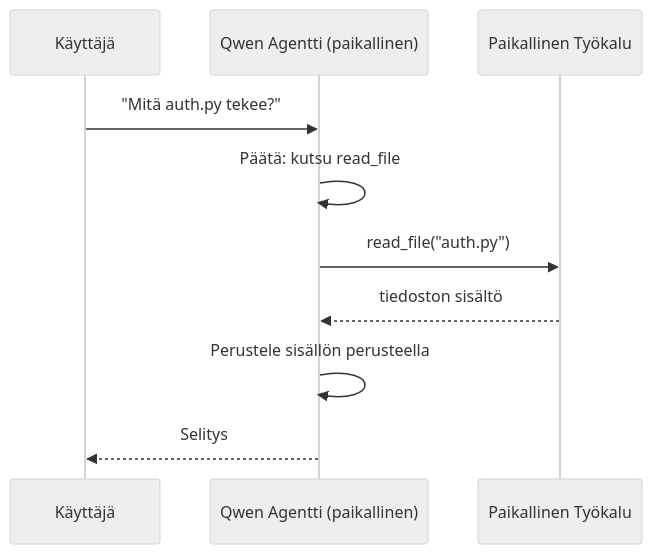
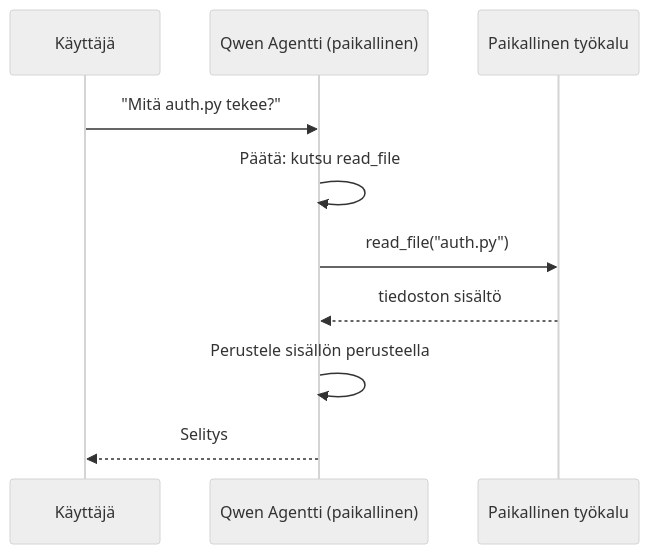
The second of 4 diagrams in mirrors/repos/microsoft@ai-agents-for-beginners/translations/fi/17-creating-local-ai-agents/README.md (gabrielmoreira/agent-skills-mirror), drawn with Mermaid (neutral theme) before and after one commit. The commit also changed other lines of this file and 4262 other files, not shown here.

````diff
--- a/mirrors/repos/microsoft@ai-agents-for-beginners/translations/fi/17-creating-local-ai-agents/README.md
+++ b/mirrors/repos/microsoft@ai-agents-for-beginners/translations/fi/17-creating-local-ai-agents/README.md
@@ -106,12 +106,12 @@
 ```mermaid
 sequenceDiagram
     participant U as Käyttäjä
     participant A as Qwen Agentti (paikallinen)
-    participant T as Paikallinen Työkalu
+    participant T as Paikallinen työkalu
     U->>A: "Mitä auth.py tekee?"
     A->>A: Päätä: kutsu read_file
     A->>T: read_file("auth.py")
     T-->>A: tiedoston sisältö
     A->>A: Perustele sisällön perusteella
     A-->>U: Selitys
 ```
````
